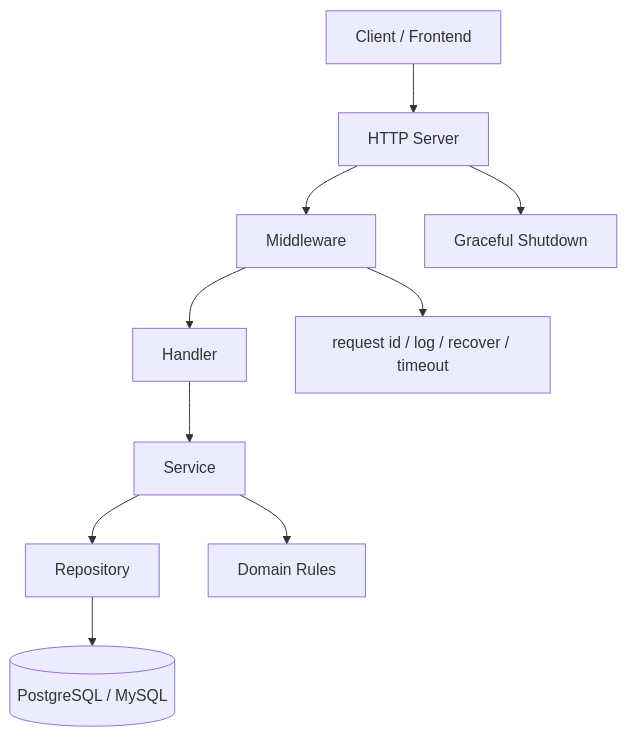
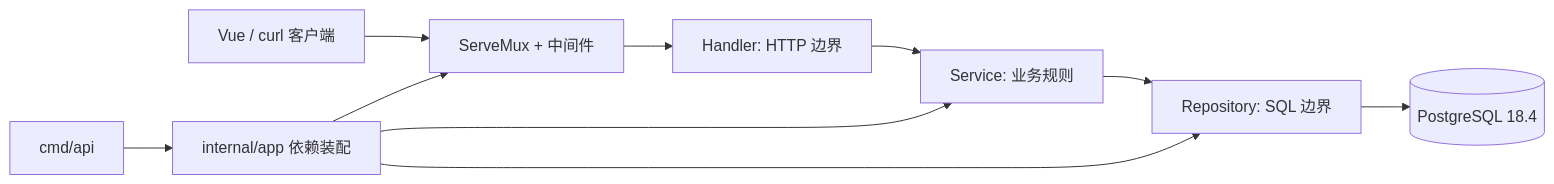
Before and after one commit to yokry-he/yok-study-web: the first of 7 diagrams in docs/go/http-api-project-from-zero.md, drawn with Mermaid. The commit also changed other lines of this file and 277 other files, not shown here.

````diff
--- a/docs/go/http-api-project-from-zero.md
+++ b/docs/go/http-api-project-from-zero.md
@@ -84,12 +38,12 @@
 ```mermaid
-flowchart TD
-  A["Client / Frontend"] --> B["HTTP Server"]
-  B --> C["Middleware"]
-  C --> D["Handler"]
-  D --> E["Service"]
-  E --> F["Repository"]
-  F --> G[("PostgreSQL / MySQL")]
-  C --> H["request id / log / recover / timeout"]
-  E --> I["Domain Rules"]
-  B --> J["Graceful Shutdown"]
+flowchart LR
+  C["Vue / curl 客户端"] --> M["ServeMux + 中间件"]
+  M --> H["Handler: HTTP 边界"]
+  H --> S["Service: 业务规则"]
+  S --> R["Repository: SQL 边界"]
+  R --> P[("PostgreSQL 18.4")]
+  A["cmd/api"] --> APP["internal/app 依赖装配"]
+  APP --> M
+  APP --> S
+  APP --> R
 ```
````
